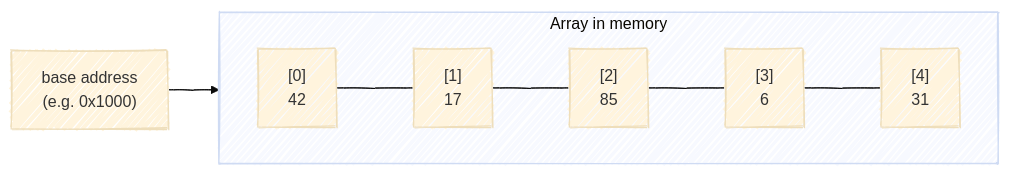
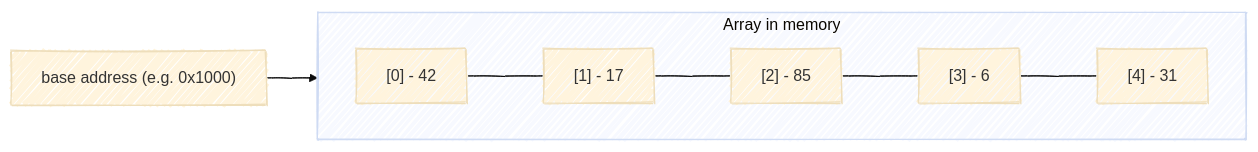
One commit to jimmy706/junedang-blog-pages changed the first of 9 diagrams in jekyll/array-fundamentals.md. Above: the diagram before and after it, drawn with Mermaid (base theme). The commit also changed other lines of this file, not shown here.

```diff
--- a/jekyll/array-fundamentals.md
+++ b/jekyll/array-fundamentals.md
@@ -28,12 +29,12 @@
 <pre class="mermaid">
 ---
 config:
   look: handDrawn
 ---
 flowchart LR
     subgraph Array["Array in memory"]
         direction LR
-        I0["[0]\n42"] --- I1["[1]\n17"] --- I2["[2]\n85"] --- I3["[3]\n6"] --- I4["[4]\n31"]
+        I0["[0] - 42"] --- I1["[1] - 17"] --- I2["[2] - 85"] --- I3["[3] - 6"] --- I4["[4] - 31"]
     end
-    P["base address\n(e.g. 0x1000)"] --> I0
+    P["base address (e.g. 0x1000)"] --> I0
 </pre>
```
